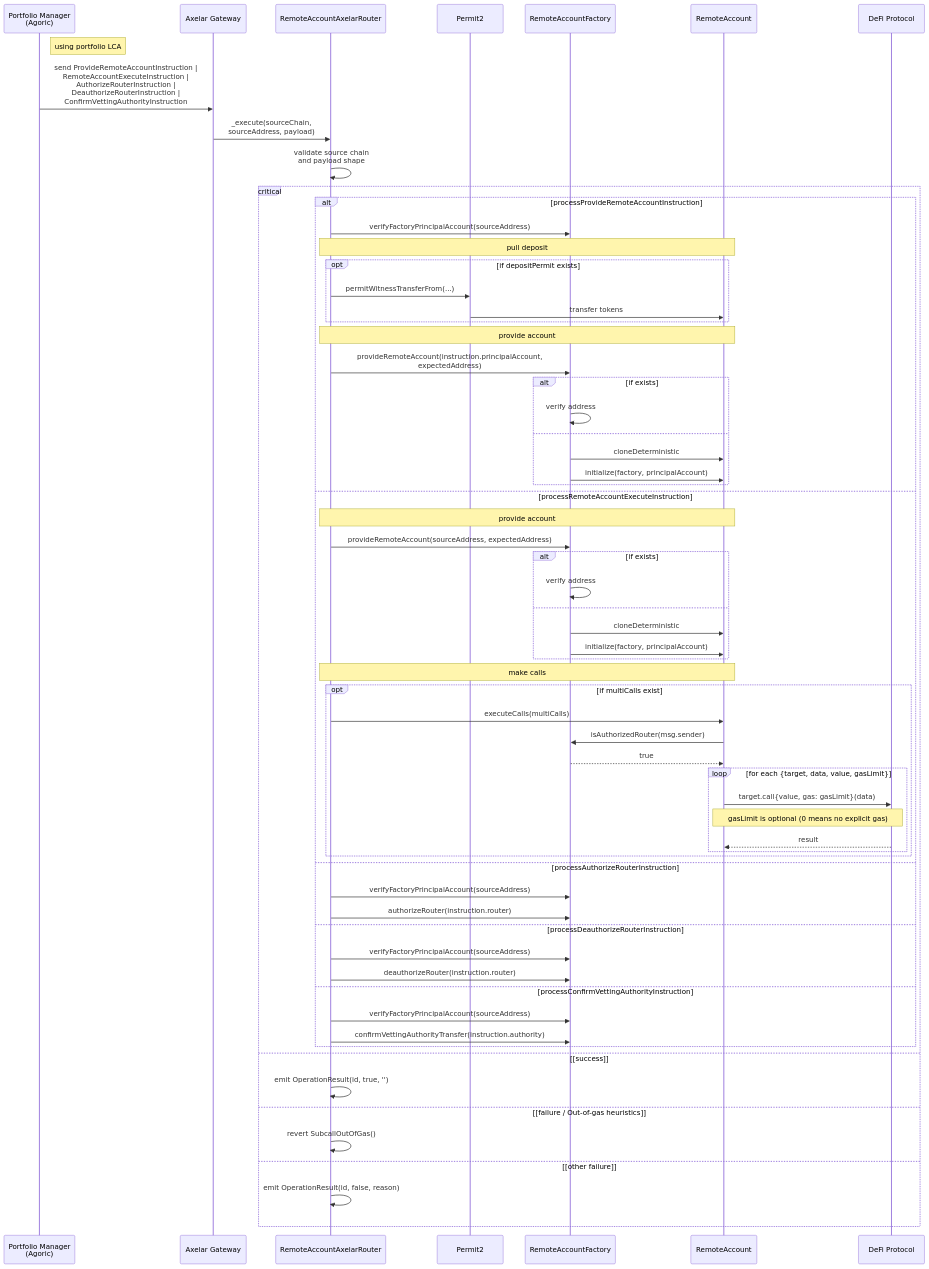
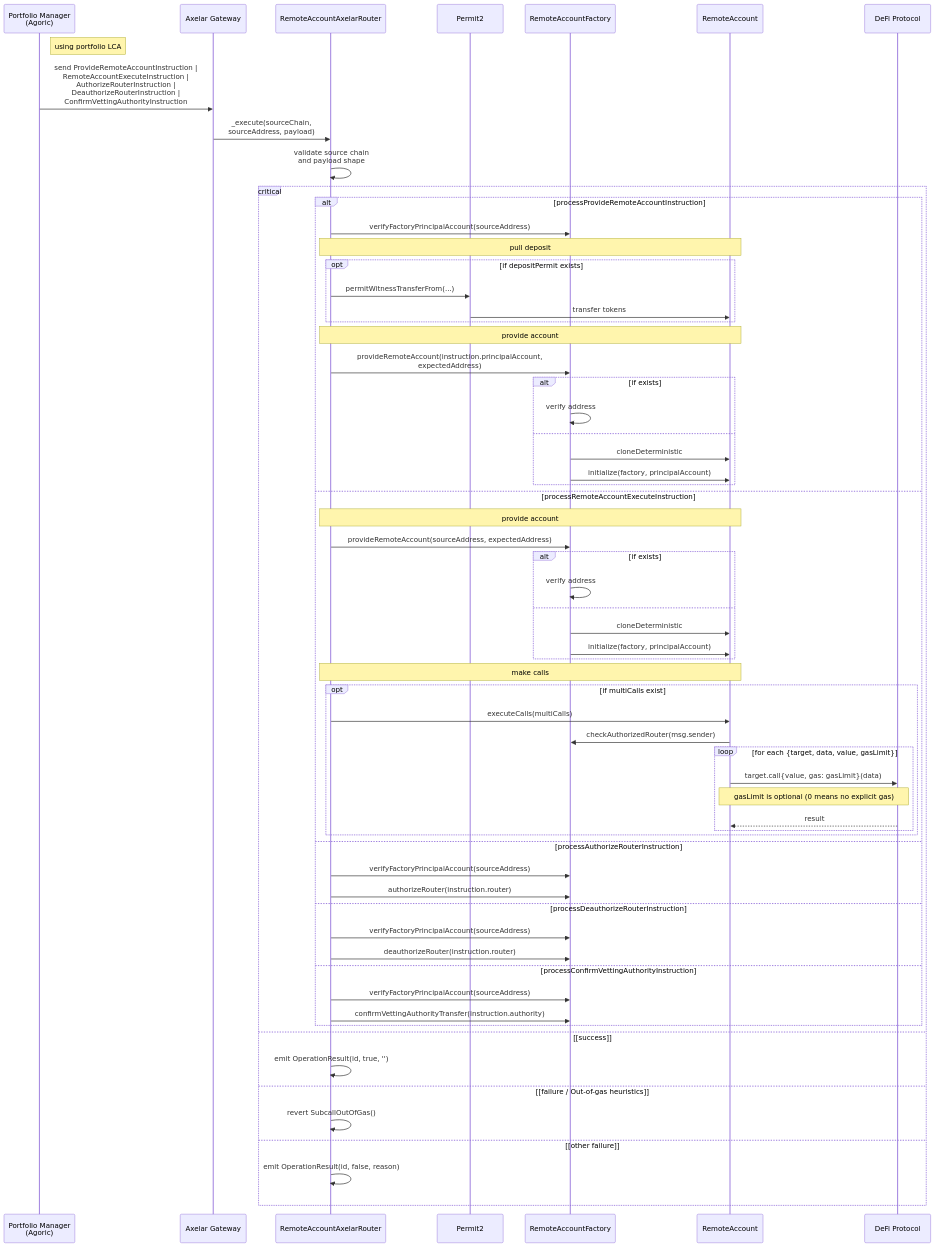
Before and after one commit to agoric-labs/agoric-to-axelar-local: the tenth of 12 diagrams in packages/axelar-local-dev-cosmos/src/contracts/design.md, drawn with Mermaid. The commit also changed other lines of this file and 4 other files, not shown here.

Commit message:
chore: checkAuthorizedRouter

````diff
--- a/packages/axelar-local-dev-cosmos/src/contracts/design.md
+++ b/packages/axelar-local-dev-cosmos/src/contracts/design.md
@@ -648,73 +653,72 @@
 ```mermaid
 sequenceDiagram
     participant PM as Portfolio Manager<br/>(Agoric)
     participant AXL as Axelar Gateway
     participant PR as RemoteAccountAxelarRouter
     participant P2 as Permit2
     participant RAF as RemoteAccountFactory
     participant RA as RemoteAccount
     participant DEFI as DeFi Protocol
 
     Note right of PM: using portfolio LCA
     PM->>AXL: send ProvideRemoteAccountInstruction |<br>RemoteAccountExecuteInstruction |<br>AuthorizeRouterInstruction |<br>DeauthorizeRouterInstruction |<br>ConfirmVettingAuthorityInstruction
     AXL->>PR: _execute(sourceChain,<br>sourceAddress, payload)
 
     PR->>PR: validate source chain<br>and payload shape
 
     critical
         alt processProvideRemoteAccountInstruction
             PR->>RAF: verifyFactoryPrincipalAccount(sourceAddress)
 
             Note over PR,RA: pull deposit
             opt if depositPermit exists
                 PR->>P2: permitWitnessTransferFrom(...)
                 P2->>RA: transfer tokens
             end
 
             Note over PR,RA: provide account
             PR->>RAF: provideRemoteAccount(instruction.principalAccount,<br> expectedAddress)
             alt if exists
                 RAF->>RAF: verify address
             else
                 RAF->>RA: cloneDeterministic
                 RAF->>RA: initialize(factory, principalAccount)
             end
         else processRemoteAccountExecuteInstruction
             Note over PR,RA: provide account
             PR->>RAF: provideRemoteAccount(sourceAddress, expectedAddress)
             alt if exists
                 RAF->>RAF: verify address
             else
                 RAF->>RA: cloneDeterministic
                 RAF->>RA: initialize(factory, principalAccount)
             end
 
             Note over PR,RA: make calls
             opt if multiCalls exist
                 PR->>RA: executeCalls(multiCalls)
-                RA->>RAF: isAuthorizedRouter(msg.sender)
-                RAF-->>RA: true
+                RA->>RAF: checkAuthorizedRouter(msg.sender)
                 loop for each {target, data, value, gasLimit}
                     RA->>DEFI: target.call{value, gas: gasLimit}(data)
                     Note over RA,DEFI: gasLimit is optional (0 means no explicit gas)
                     DEFI-->>RA: result
                 end
             end
         else processAuthorizeRouterInstruction
             PR->>RAF: verifyFactoryPrincipalAccount(sourceAddress)
             PR->>RAF: authorizeRouter(instruction.router)
         else processDeauthorizeRouterInstruction
             PR->>RAF: verifyFactoryPrincipalAccount(sourceAddress)
             PR->>RAF: deauthorizeRouter(instruction.router)
         else processConfirmVettingAuthorityInstruction
             PR->>RAF: verifyFactoryPrincipalAccount(sourceAddress)
             PR->>RAF: confirmVettingAuthorityTransfer(instruction.authority)
         end
     option [success]
         PR->>PR: emit OperationResult(id, true, '')
     option [failure / Out-of-gas heuristics]
         PR->>PR: revert SubcallOutOfGas()
     option [other failure]
         PR->>PR: emit OperationResult(id, false, reason)
     end
 ```
````
